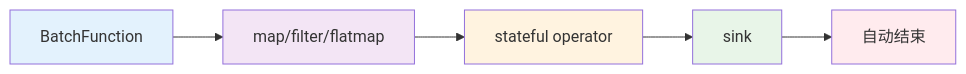
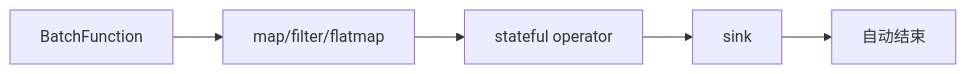
Before and after one commit to peilin9990/SAGE-Pub: the first of 2 diagrams in docs_src/get_start/streaming/limited_streaming.md, drawn with Mermaid. The commit also changed other lines of this file and 1 other file, not shown here.

````diff
--- a/docs_src/get_start/streaming/limited_streaming.md
+++ b/docs_src/get_start/streaming/limited_streaming.md
@@ -16,13 +9,7 @@
 ```mermaid
 graph LR
     A[BatchFunction] --> B[map/filter/flatmap]
     B --> C[stateful operator]
     C --> D[sink]
     D --> E[自动结束]
-    
-    style A fill:#e3f2fd
-    style B fill:#f3e5f5
-    style C fill:#fff3e0
-    style D fill:#e8f5e8
-    style E fill:#ffebee
 ```
````
